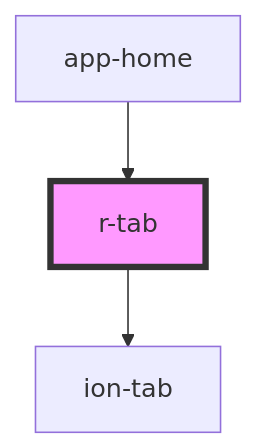
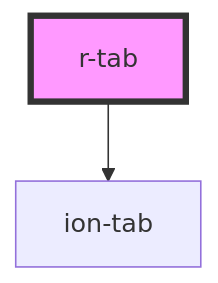
Before and after one commit to refactico/design-system: the diagram in src/components/r-tab/readme.md, drawn with Mermaid. The commit also changed other lines of this file and 27 other files, not shown here.

First line of the commit message:
chore: update component dependencies and documentation for app-home

````diff
--- a/src/components/r-tab/readme.md
+++ b/src/components/r-tab/readme.md
@@ -30,6 +26,5 @@
 ```mermaid
 graph TD;
   r-tab --> ion-tab
-  app-home --> r-tab
   style r-tab fill:#f9f,stroke:#333,stroke-width:4px
 ```
````
